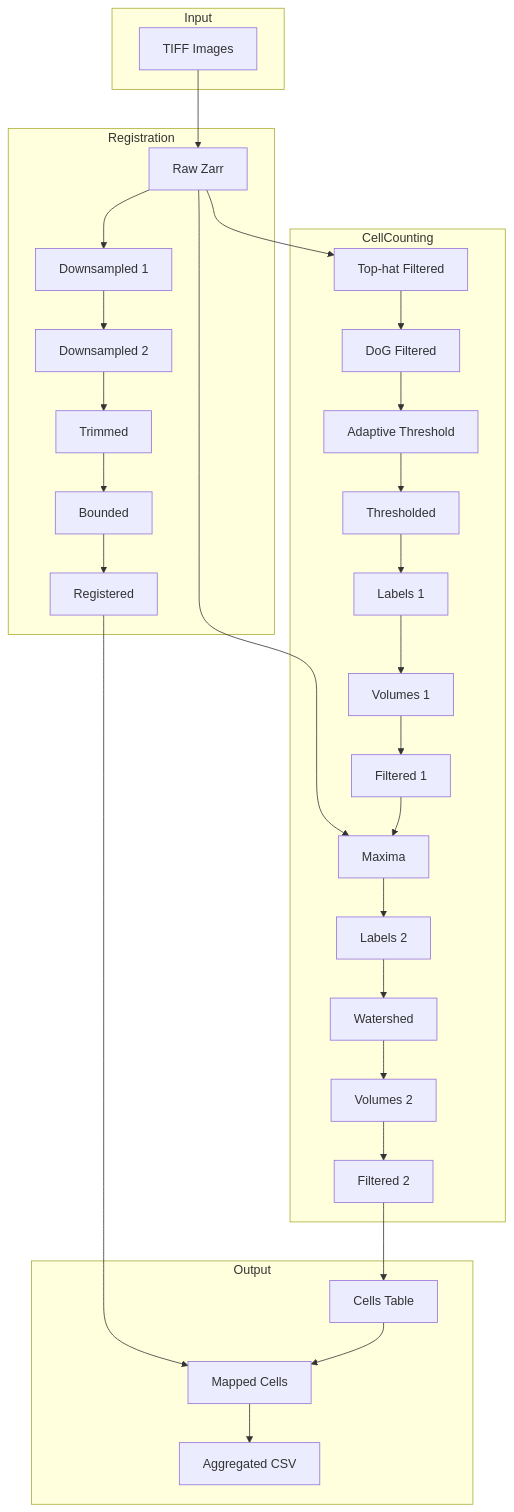
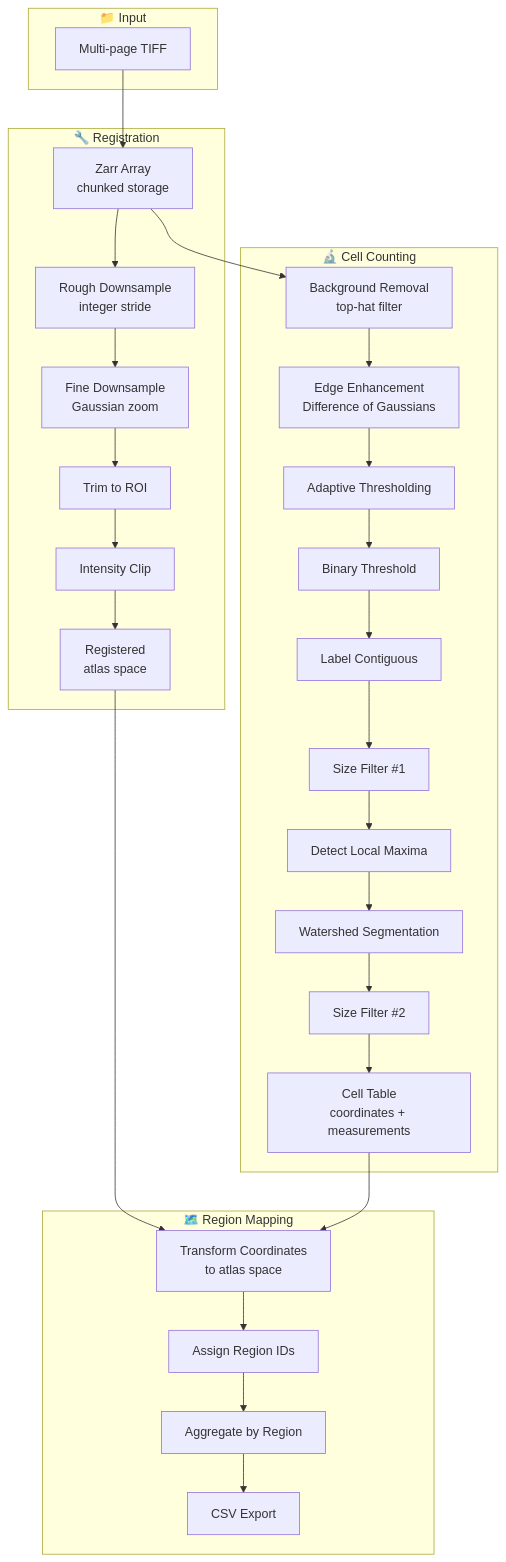
The diagram in docs/docs/explanation/architecture.md (tlee08/cellcounter), drawn with Mermaid before and after one commit. The commit also changed other lines of this file and 8 other files, not shown here.

````diff
--- a/docs/docs/explanation/architecture.md
+++ b/docs/docs/explanation/architecture.md
@@ -90,45 +259,41 @@
 ```mermaid
 flowchart TB
-    subgraph Input
-        TIFF[TIFF Images]
+    subgraph Input["📁 Input"]
+        TIFF[Multi-page TIFF]
     end
 
-    subgraph Registration
-        ZARR[Raw Zarr]
-        DOWN1[Downsampled 1]
-        DOWN2[Downsampled 2]
-        TRIM[Trimmed]
-        BOUND[Bounded]
-        REG[Registered]
+    subgraph Reg["🔧 Registration"]
+        ZARR[Zarr Array<br/>chunked storage]
+        DOWN1[Rough Downsample<br/>integer stride]
+        DOWN2[Fine Downsample<br/>Gaussian zoom]
+        TRIM[Trim to ROI]
+        BOUND[Intensity Clip]
+        REG[Registered<br/>atlas space]
     end
 
-    subgraph CellCounting
-        TOPHAT[Top-hat Filtered]
-        DOG[DoG Filtered]
-        ADAPT[Adaptive Threshold]
-        THRESH[Thresholded]
-        LABELS1[Labels 1]
-        VOLS1[Volumes 1]
-        FILT1[Filtered 1]
-        MAX[Maxima]
-        LABELS2[Labels 2]
-        WSHED[Watershed]
-        VOLS2[Volumes 2]
-        FILT2[Filtered 2]
+    subgraph CellC["🔬 Cell Counting"]
+        TOPHAT[Background Removal<br/>top-hat filter]
+        DOG[Edge Enhancement<br/>Difference of Gaussians]
+        ADAPT[Adaptive Thresholding]
+        THRESH[Binary Threshold]
+        LABEL[Label Contiguous]
+        FILTER1[Size Filter #1]
+        MAXIMA[Detect Local Maxima]
+        WSHED[Watershed Segmentation]
+        FILTER2[Size Filter #2]
+        CELLS[Cell Table<br/>coordinates + measurements]
     end
 
-    subgraph Output
-        CELLS[Cells Table]
-        MAPPED[Mapped Cells]
-        AGG[Aggregated CSV]
+    subgraph Map["🗺️ Region Mapping"]
+        TRFM[Transform Coordinates<br/>to atlas space]
+        MAPPED[Assign Region IDs]
+        AGG[Aggregate by Region]
+        CSV[CSV Export]
     end
 
     TIFF --> ZARR
     ZARR --> DOWN1 --> DOWN2 --> TRIM --> BOUND --> REG
-    ZARR --> TOPHAT --> DOG --> ADAPT --> THRESH --> LABELS1 --> VOLS1 --> FILT1
-    ZARR --> MAX --> LABELS2 --> WSHED --> VOLS2 --> FILT2
-    FILT1 --> MAX
-    FILT2 --> CELLS
-    REG --> MAPPED
-    CELLS --> MAPPED --> AGG
+    ZARR --> TOPHAT --> DOG --> ADAPT --> THRESH --> LABEL --> FILTER1 --> MAXIMA --> WSHED --> FILTER2 --> CELLS
+    REG --> TRFM
+    CELLS --> TRFM --> MAPPED --> AGG --> CSV
 ```
````
